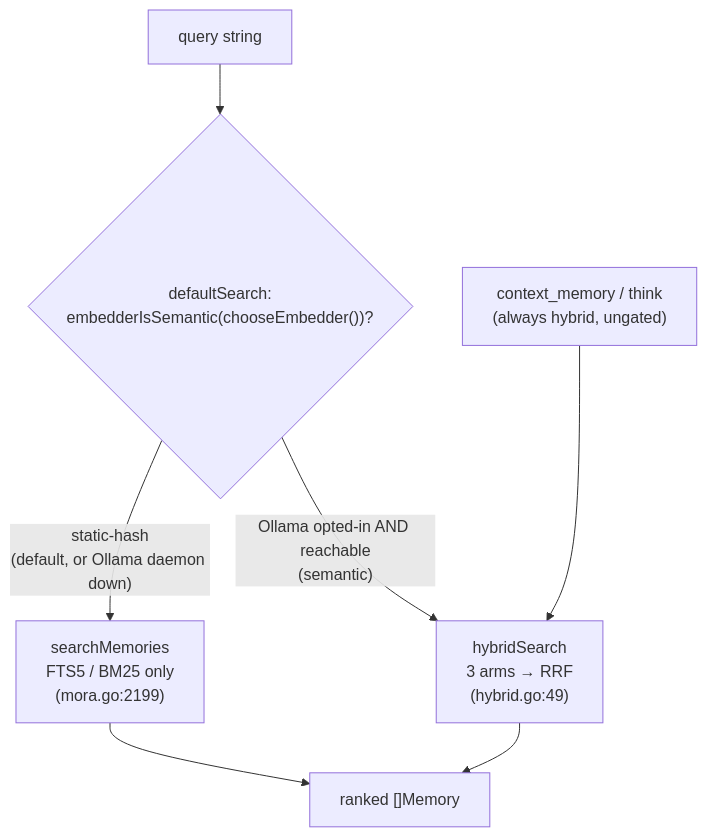
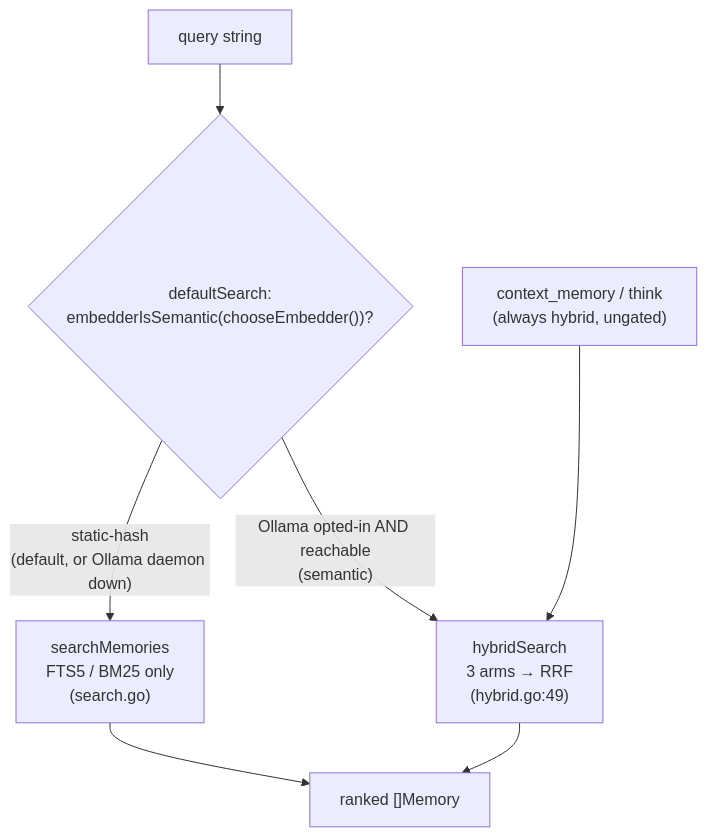
The first of 3 diagrams in docs/architecture/02-retrieval-search.md (pyranthus-hq/mora), drawn with Mermaid before and after one commit. The commit also changed other lines of this file and 6 other files, not shown here.

Commit message:
docs(architecture): retarget CLI search plumbing citations to search.go

````diff
--- a/docs/architecture/02-retrieval-search.md
+++ b/docs/architecture/02-retrieval-search.md
@@ -41,9 +41,9 @@
 ```mermaid
 flowchart TD
     Q["query string"] --> R{"defaultSearch:<br/>embedderIsSemantic(chooseEmbedder())?"}
-    R -->|"static-hash<br/>(default, or Ollama daemon down)"| F["searchMemories<br/>FTS5 / BM25 only<br/>(mora.go:2199)"]
+    R -->|"static-hash<br/>(default, or Ollama daemon down)"| F["searchMemories<br/>FTS5 / BM25 only<br/>(search.go)"]
     R -->|"Ollama opted-in AND reachable<br/>(semantic)"| H["hybridSearch<br/>3 arms → RRF<br/>(hybrid.go:49)"]
     F --> OUT["ranked []Memory"]
     H --> OUT
     CTX["context_memory / think<br/>(always hybrid, ungated)"] --> H
 ```
````
